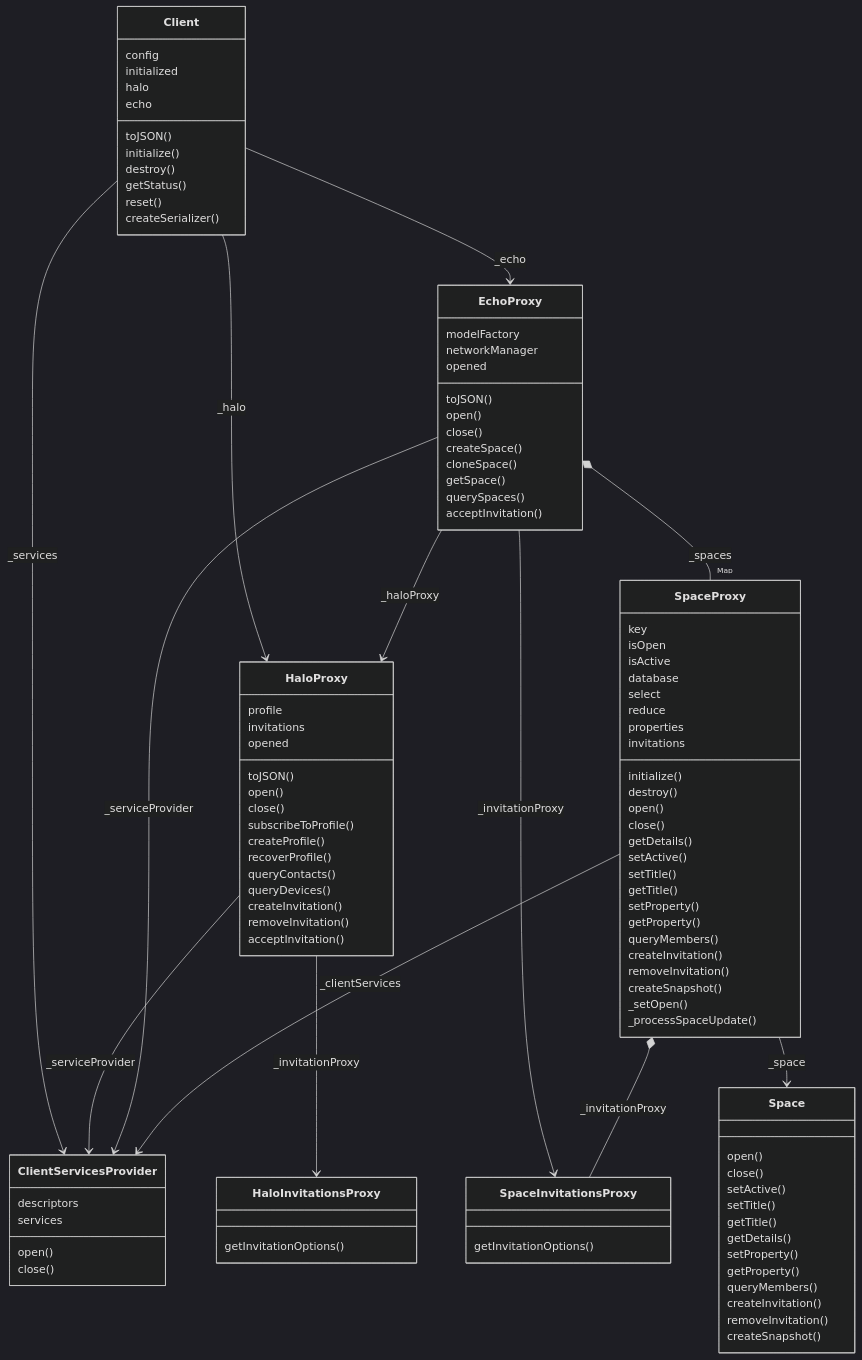
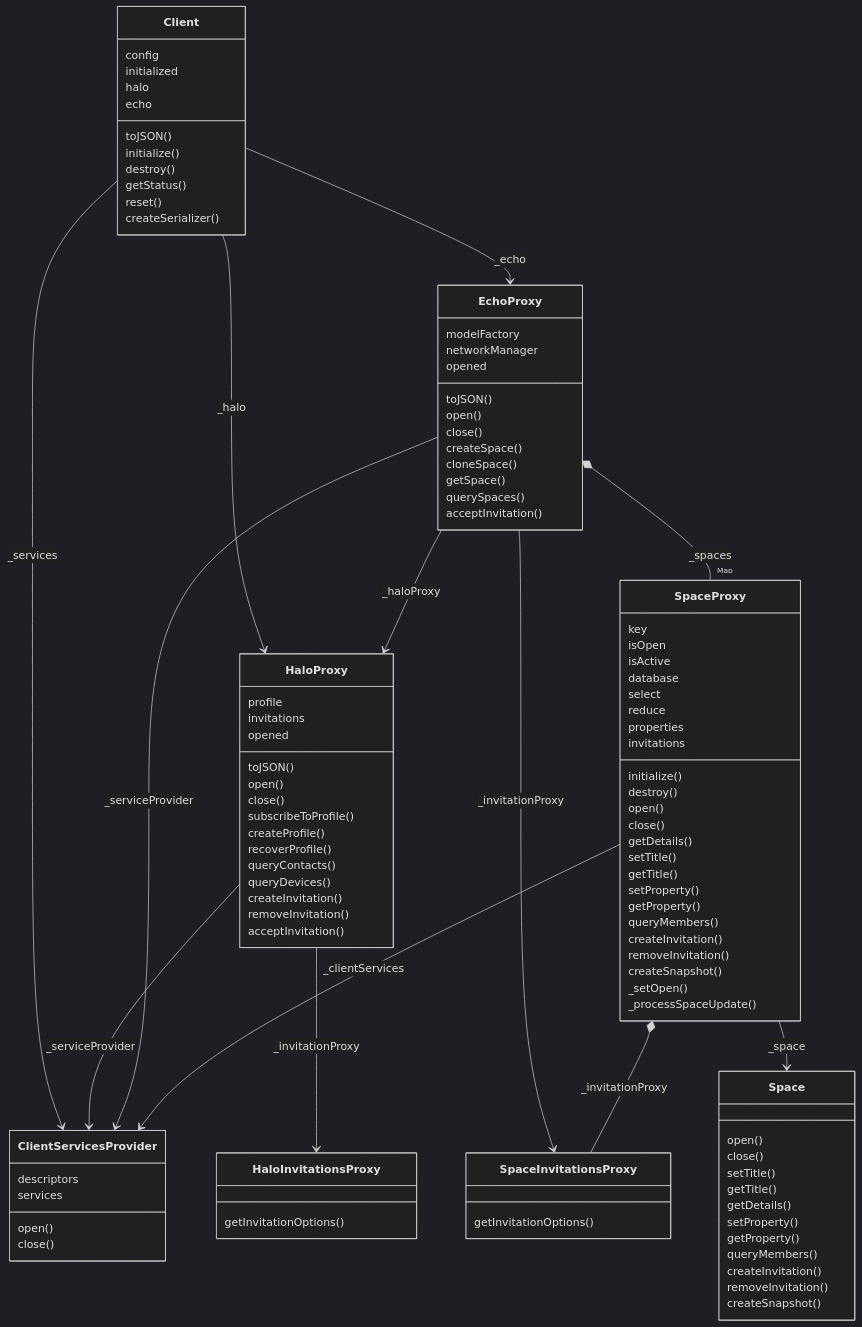
Before and after one commit to dxos/dxos: the first of 2 diagrams in packages/sdk/client/docs/README.md, drawn with Mermaid (dark theme). The commit also changed 13 other files, not shown here.

```diff
--- a/packages/sdk/client/docs/README.md
+++ b/packages/sdk/client/docs/README.md
@@ -82,7 +82,6 @@
   open()
   close()
   getDetails()
-  setActive()
   setTitle()
   getTitle()
   setProperty()
@@ -104,7 +103,6 @@
   <interface>
   open()
   close()
-  setActive()
   setTitle()
   getTitle()
   getDetails()
```
